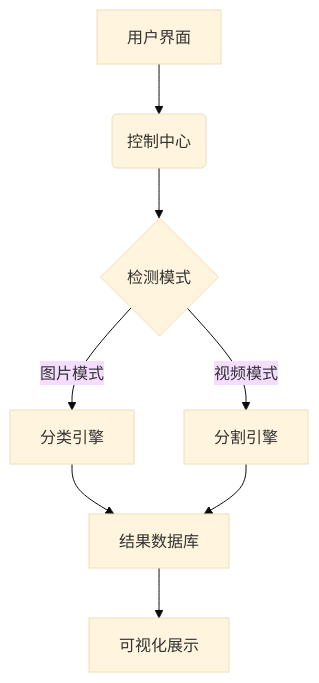
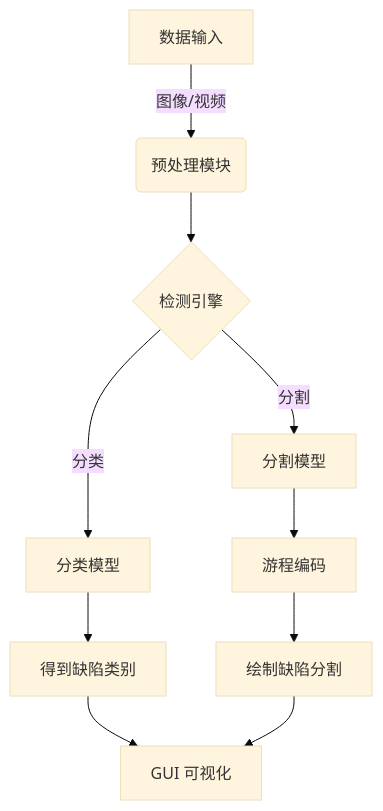
The diagram in README.md (HolmesAmzish/SDDMES), drawn with Mermaid (base theme) before and after one commit. The commit also changed other lines of this file and 3 other files, not shown here.

````diff
--- a/README.md
+++ b/README.md
@@ -19,10 +35,12 @@
 ```mermaid
 graph TD
-    A[用户界面] --> B(控制中心)
-    B --> C{检测模式}
-    C -->|图片模式| D[分类引擎]
-    C -->|视频模式| E[分割引擎]
-    D --> F[结果数据库]
-    E --> F
-    F --> G[可视化展示]
+    A[数据输入] -->|图像/视频| B(预处理模块)
+    B --> C{检测引擎}
+    C -->|分类| D[分类模型]
+    C -->|分割| E[分割模型]
+    D --> F[得到缺陷类别]
+    E --> G[游程编码]
+    G --> H[绘制缺陷分割]
+    F --> I[GUI 可视化]
+    H --> I
 ```
````
